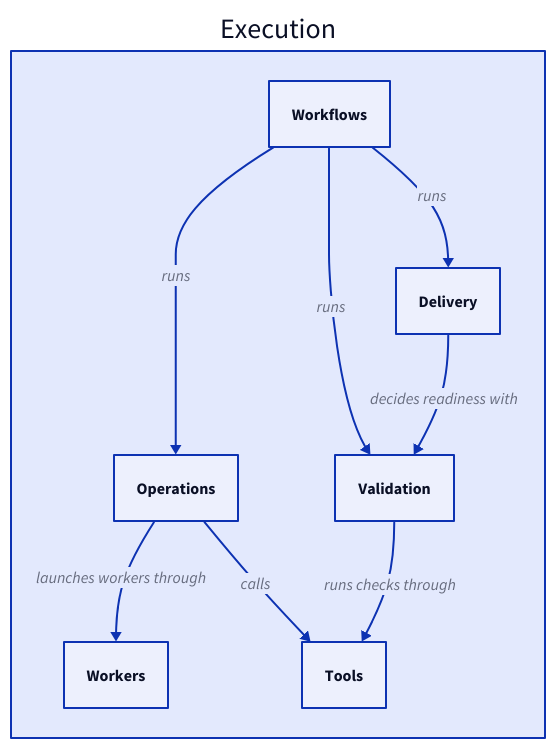
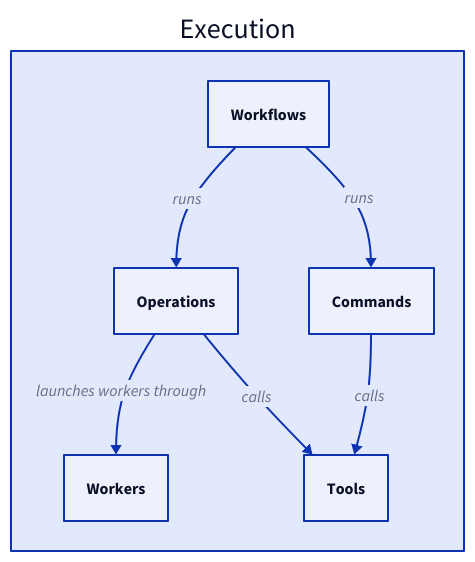
One commit to FTOD/concorde changed the second of 2 diagrams in specs/concorde/execution/module.md. Above: the diagram before and after it, drawn with D2. The commit also changed other lines of this file and 107 other files, not shown here.

````diff
--- a/specs/concorde/execution/module.md
+++ b/specs/concorde/execution/module.md
@@ -219,17 +234,14 @@
 ```d2 illustrative
 execution: Execution {
   workflows: Workflows
   operations: Operations
-  validation: Validation
-  delivery: Delivery
+  commands: Commands
   workers: Workers
   tools: Tools
   workflows -> operations: runs
-  workflows -> validation: runs
-  workflows -> delivery: runs
+  workflows -> commands: runs
   operations -> workers: launches workers through
   operations -> tools: calls
-  delivery -> validation: decides readiness with
-  validation -> tools: runs checks through
+  commands -> tools: calls
 }
 ```
````
